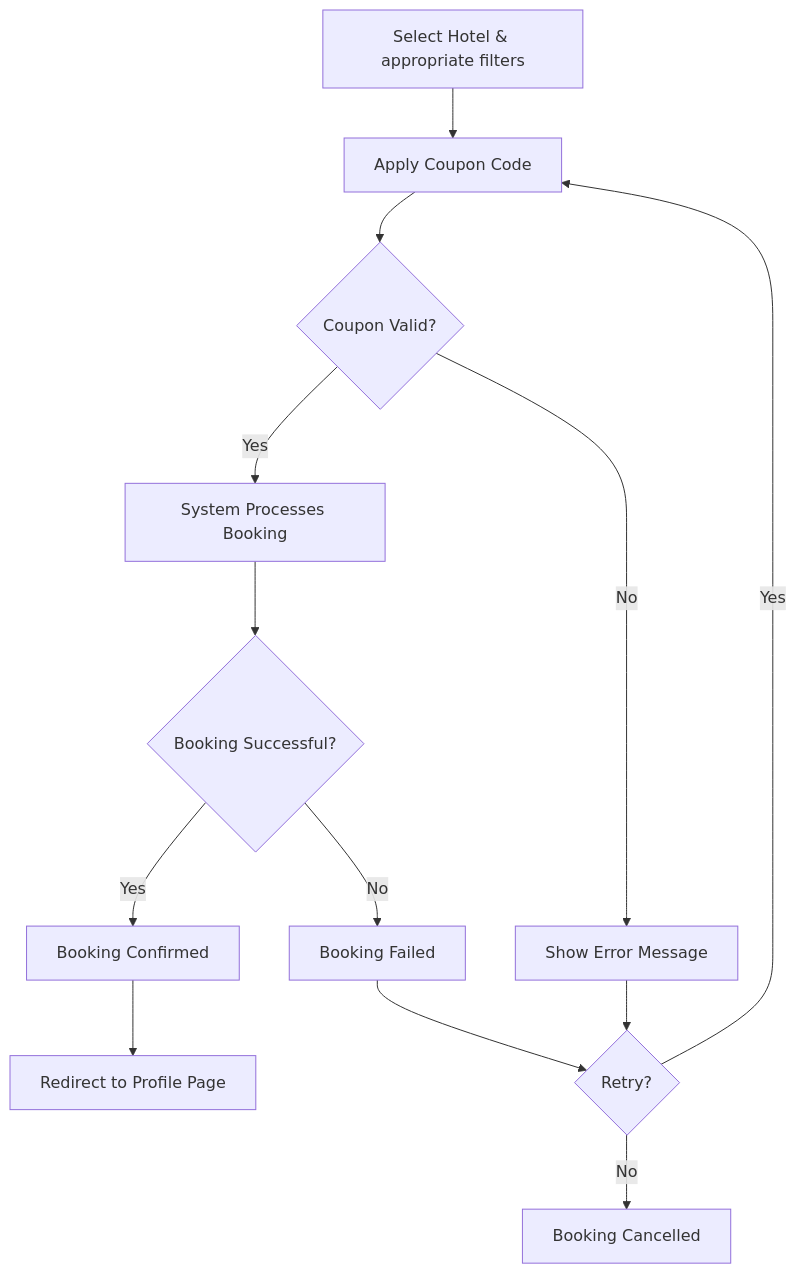
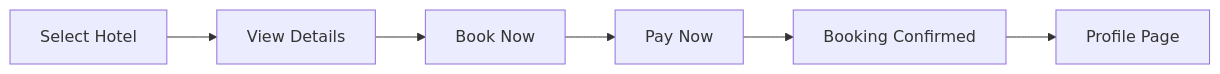
One commit to Khush-GKMIT/Hotel-Management-System-Docs changed the diagram in docs/functional.md. Above: the diagram before and after it, drawn with Mermaid. The commit also changed other lines of this file and 8 other files, not shown here.

````diff
--- a/docs/functional.md
+++ b/docs/functional.md
@@ -48,15 +34,8 @@
 ```mermaid
-flowchart TD
-    Start[Select Hotel & appropriate filters] --> Coupon[Apply Coupon Code]
-    Coupon --> Validate{Coupon Valid?}
-    Validate -->|Yes| Process[System Processes Booking]
-    Validate -->|No| Error[Show Error Message]
-    Error --> Retry{Retry?}
-    Retry -->|Yes| Coupon
-    Retry -->|No| Cancel[Booking Cancelled]
-    Process --> Confirm{Booking Successful?}
-    Confirm -->|Yes| Success[Booking Confirmed]
-    Confirm -->|No| Failed[Booking Failed]
-    Success --> Profile[Redirect to Profile Page]
-    Failed --> Retry
+flowchart LR
+    A[Select Hotel] --> B[View Details]
+    B --> C[Book Now]
+    C --> D[Pay Now]
+    D --> E[Booking Confirmed]
+    E --> F[Profile Page]
 ```
````
